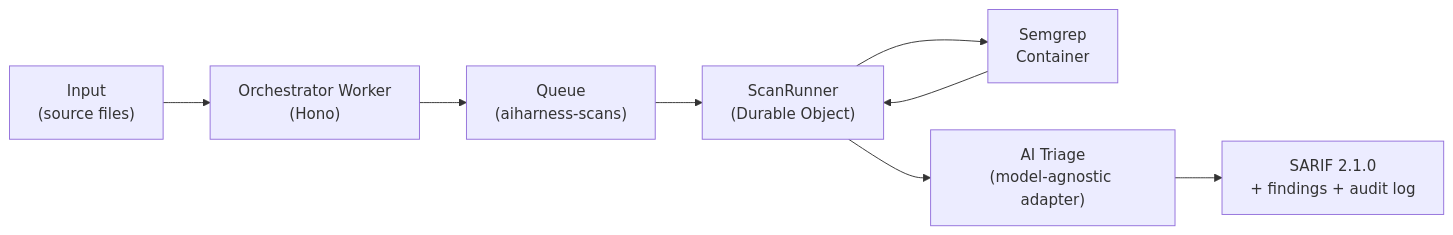
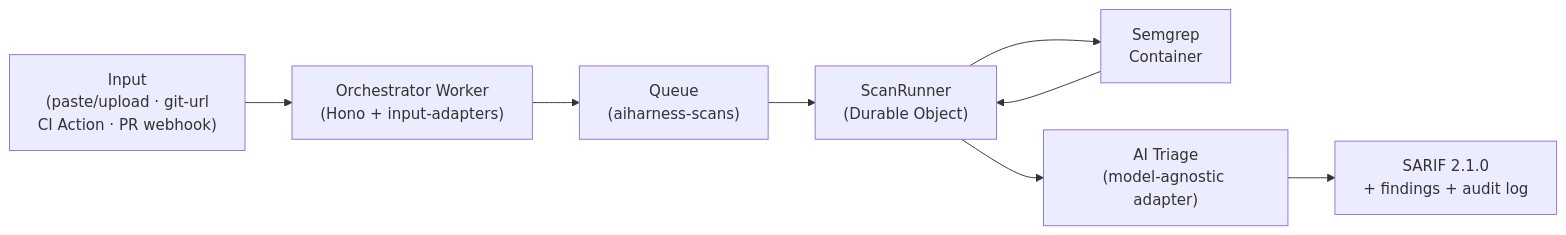
Before and after one commit to burademirung/aiharness: the first of 2 diagrams in ARCHITECTURE.md, drawn with Mermaid. The commit also changed other lines of this file and 4 other files, not shown here.

````diff
--- a/ARCHITECTURE.md
+++ b/ARCHITECTURE.md
@@ -13,10 +13,10 @@
 ```mermaid
 flowchart LR
-    A["Input<br/>(source files)"] --> B["Orchestrator Worker<br/>(Hono)"]
+    A["Input<br/>(paste/upload · git-url<br/>CI Action · PR webhook)"] --> B["Orchestrator Worker<br/>(Hono + input-adapters)"]
     B --> Q["Queue<br/>(aiharness-scans)"]
     Q --> C["ScanRunner<br/>(Durable Object)"]
     C --> S["Semgrep<br/>Container"]
     S --> C
     C --> T["AI Triage<br/>(model-agnostic adapter)"]
     T --> O["SARIF 2.1.0<br/>+ findings + audit log"]
 ```
````
